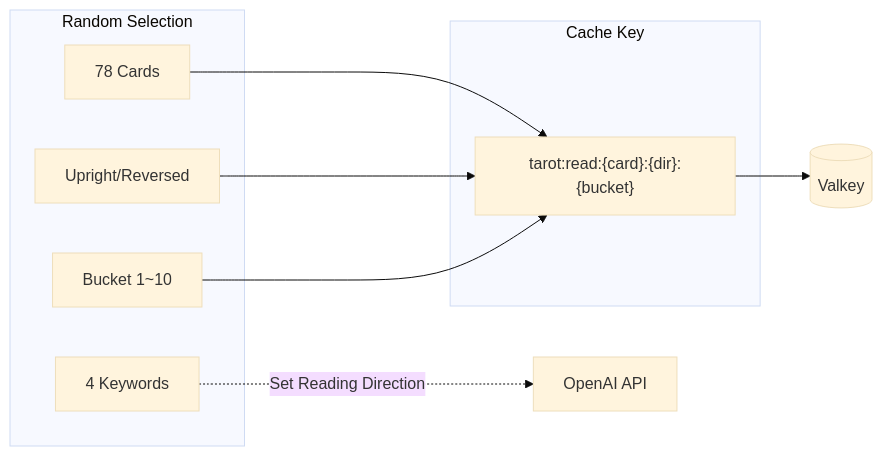
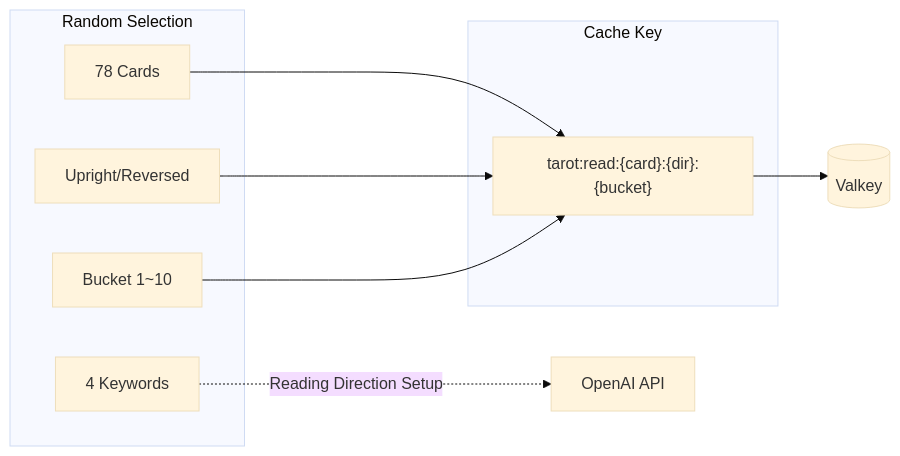
The first of 2 diagrams in src/content/blog/en/tarot-deep-dive.md (mandacode-labs/mandacode-devs), drawn with Mermaid (base theme) before and after one commit. The commit also changed other lines of this file and 40 other files, not shown here.

````diff
--- a/src/content/blog/en/tarot-deep-dive.md
+++ b/src/content/blog/en/tarot-deep-dive.md
@@ -28,19 +29,19 @@
 ```mermaid
 flowchart LR
     subgraph "Random Selection"
         Card[78 Cards]
         Dir[Upright/Reversed]
         Bucket[Bucket 1~10]
         Keywords[4 Keywords]
     end
 
     subgraph "Cache Key"
         Key["tarot:read:{card}:{dir}:{bucket}"]
     end
 
     Card --> Key
     Dir --> Key
     Bucket --> Key
     Key --> Valkey[(Valkey)]
-    Keywords -.->|Set Reading Direction| OpenAI[OpenAI API]
+    Keywords -.->|Reading Direction Setup| OpenAI[OpenAI API]
 ```
````
